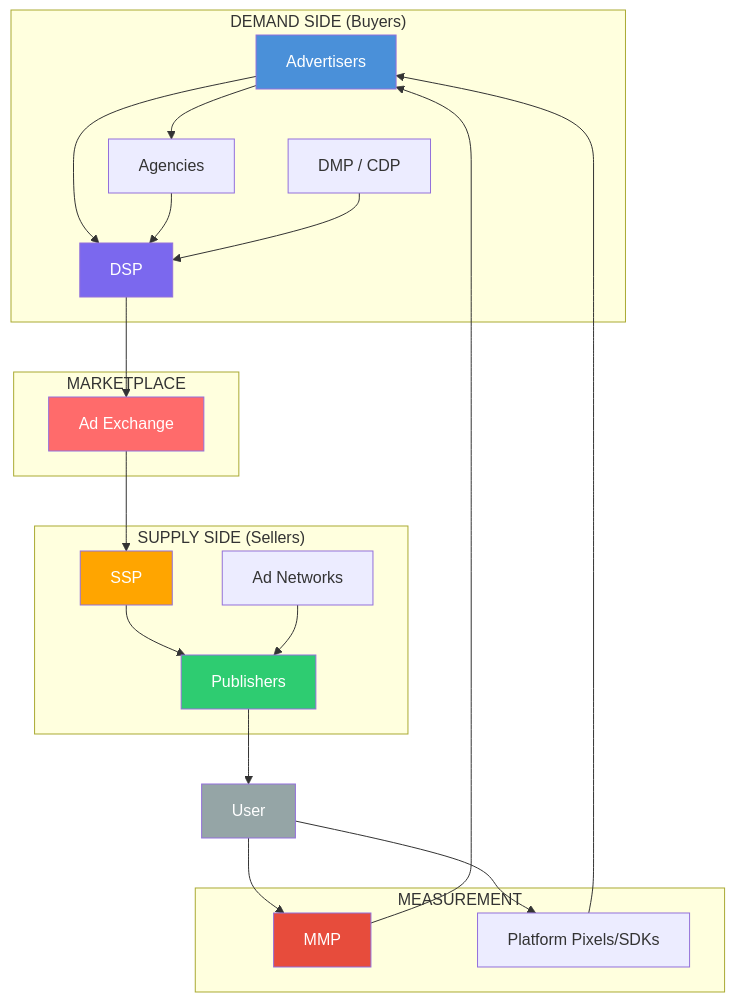
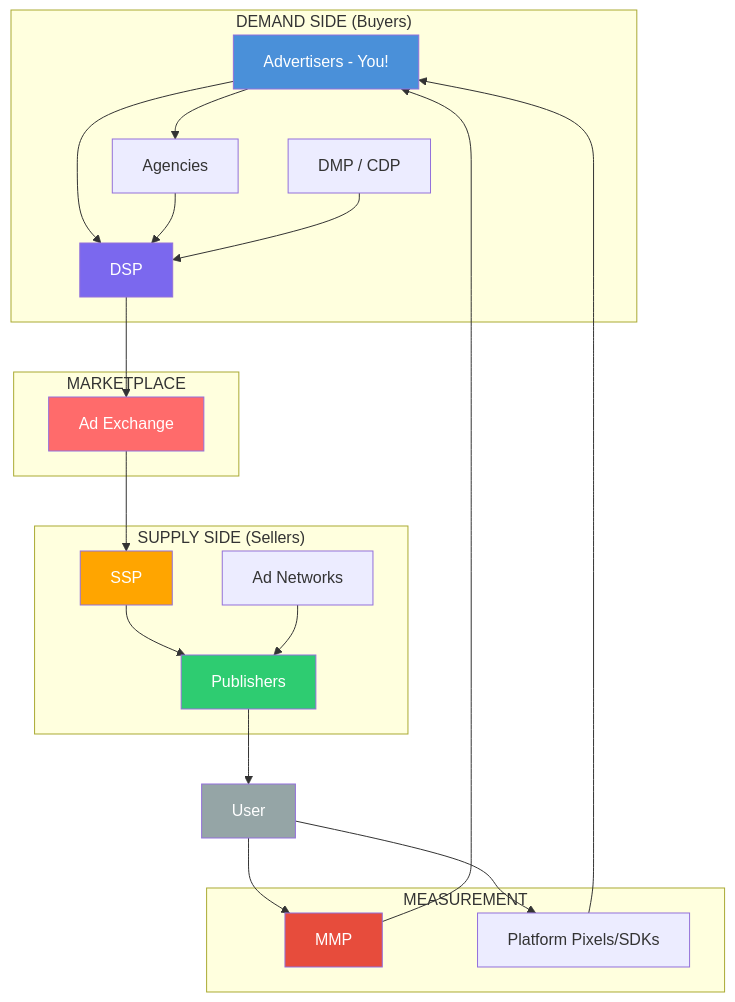
The second of 2 diagrams in concepts/ad-ecosystem.mdx (saanghyuk/ship-your-ads), drawn with Mermaid before and after one commit. The commit also changed other lines of this file and 47 other files, not shown here.

````diff
--- a/concepts/ad-ecosystem.mdx
+++ b/concepts/ad-ecosystem.mdx
@@ -329,46 +411,46 @@
 ```mermaid
 graph TB
     subgraph Demand["DEMAND SIDE (Buyers)"]
-        ADV[Advertisers]
+        ADV[Advertisers - You!]
         AG[Agencies]
         DSP[DSP]
         DMP[DMP / CDP]
     end
 
     subgraph Market["MARKETPLACE"]
         EX[Ad Exchange]
     end
 
     subgraph Supply["SUPPLY SIDE (Sellers)"]
         SSP[SSP]
         AN[Ad Networks]
         PUB[Publishers]
     end
 
     subgraph Measurement["MEASUREMENT"]
         MMP[MMP]
         PIX[Platform Pixels/SDKs]
     end
 
     ADV --> AG
     ADV --> DSP
     AG --> DSP
     DMP --> DSP
     DSP --> EX
     EX --> SSP
     SSP --> PUB
     AN --> PUB
     PUB --> USER[User]
     USER --> MMP
     USER --> PIX
     MMP --> ADV
     PIX --> ADV
 
     style ADV fill:#4A90D9,color:#fff
     style DSP fill:#7B68EE,color:#fff
     style EX fill:#FF6B6B,color:#fff
     style SSP fill:#FFA500,color:#fff
     style PUB fill:#2ECC71,color:#fff
     style USER fill:#95A5A6,color:#fff
     style MMP fill:#E74C3C,color:#fff
 ```
````
